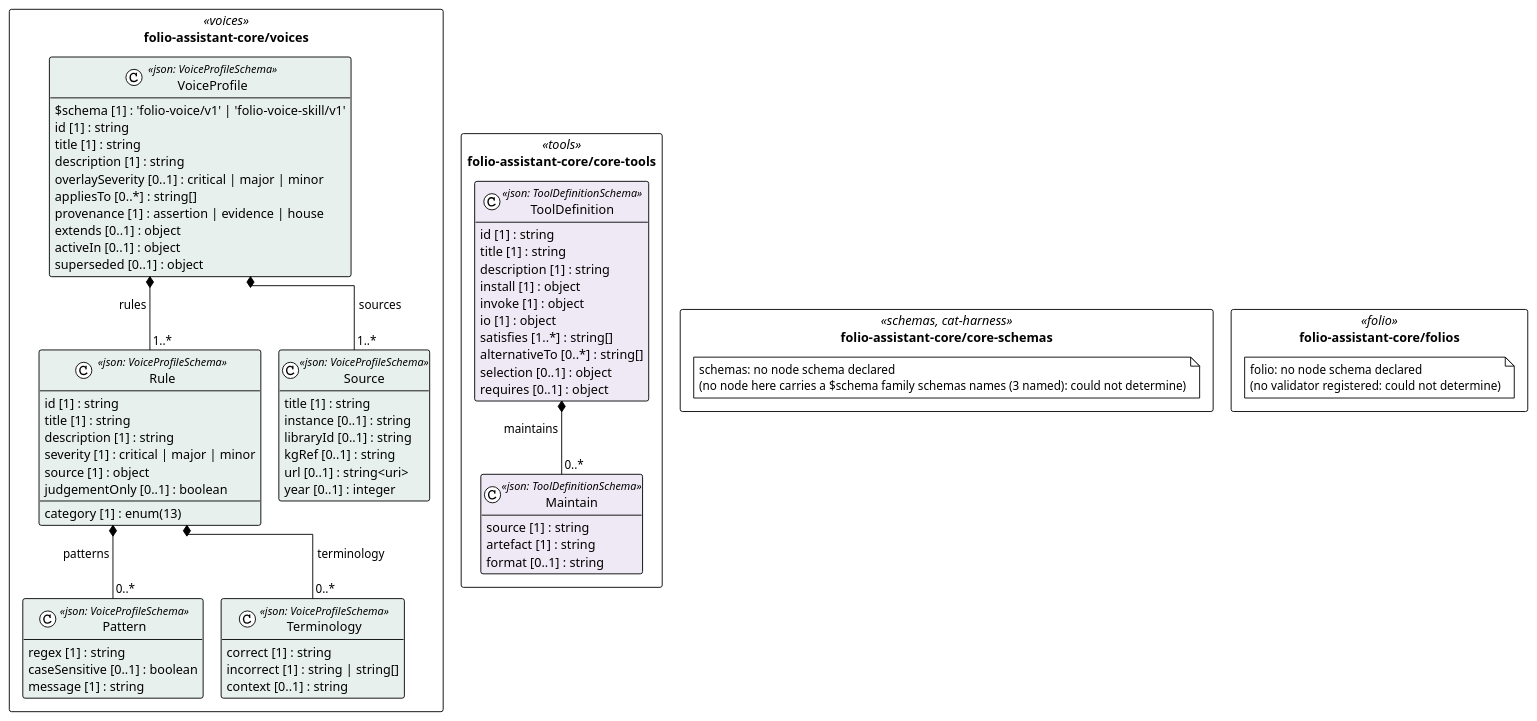
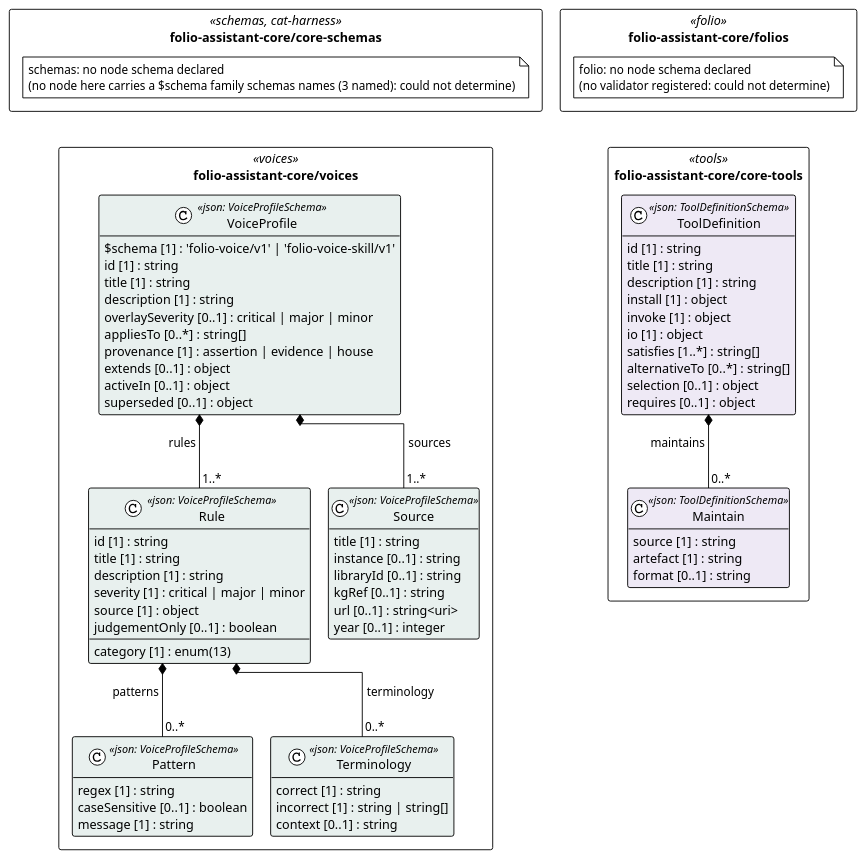
One commit to litlfred/folio-assistant changed the diagram in cat-harness/uml/overview/folio-assistant-core.puml. Above: the diagram before and after it, drawn with PlantUML. The commit also changed 209 other files, not shown here.

First line of the commit message:
UML pages: compact PlantUML figure with BPMN zoom controls

```diff
--- a/cat-harness/uml/overview/folio-assistant-core.puml
+++ b/cat-harness/uml/overview/folio-assistant-core.puml
@@ -3,81 +3,83 @@
 @startuml folio_assistant_core
 !pragma layout elk
 !theme plain
 skinparam classAttributeIconSize 0
 skinparam shadowing false
 skinparam packageStyle rectangle
 hide empty methods
 
 package "folio-assistant-core/core-schemas" as pkg_folio_assistant_core_core_schemas <<schemas, cat-harness>> {
   note "schemas: no node schema declared\n(no node here carries a $schema family schemas names (3 named): could not determine)" as n_folio_assistant_core_core_schemas_schemas
 }
 package "folio-assistant-core/folios" as pkg_folio_assistant_core_folios <<folio>> {
   note "folio: no node schema declared\n(no validator registered: could not determine)" as n_folio_assistant_core_folios_folio
 }
 package "folio-assistant-core/voices" as pkg_folio_assistant_core_voices <<voices>> {
   class "Source" as folio_assistant_core_voices_Source <<json: VoiceProfileSchema>> #e8f0ee {
     title [1] : string
     instance [0..1] : string
     libraryId [0..1] : string
     kgRef [0..1] : string
     url [0..1] : string<uri>
     year [0..1] : integer
   }
   class "Pattern" as folio_assistant_core_voices_Pattern <<json: VoiceProfileSchema>> #e8f0ee {
     regex [1] : string
     caseSensitive [0..1] : boolean
     message [1] : string
   }
   class "Terminology" as folio_assistant_core_voices_Terminology <<json: VoiceProfileSchema>> #e8f0ee {
     correct [1] : string
     incorrect [1] : string | string[]
     context [0..1] : string
   }
   class "Rule" as folio_assistant_core_voices_Rule <<json: VoiceProfileSchema>> #e8f0ee {
     id [1] : string
     title [1] : string
     description [1] : string
     category [1] : enum(13)
     severity [1] : critical | major | minor
     source [1] : object
     judgementOnly [0..1] : boolean
   }
   class "VoiceProfile" as folio_assistant_core_voices_VoiceProfile <<json: VoiceProfileSchema>> #e8f0ee {
     $schema [1] : 'folio-voice/v1' | 'folio-voice-skill/v1'
     id [1] : string
     title [1] : string
     description [1] : string
     overlaySeverity [0..1] : critical | major | minor
     appliesTo [0..*] : string[]
     provenance [1] : assertion | evidence | house
     extends [0..1] : object
     activeIn [0..1] : object
     superseded [0..1] : object
   }
 }
 package "folio-assistant-core/core-tools" as pkg_folio_assistant_core_core_tools <<tools>> {
   class "Maintain" as folio_assistant_core_core_tools_Maintain <<json: ToolDefinitionSchema>> #eee9f5 {
     source [1] : string
     artefact [1] : string
     format [0..1] : string
   }
   class "ToolDefinition" as folio_assistant_core_core_tools_ToolDefinition <<json: ToolDefinitionSchema>> #eee9f5 {
     id [1] : string
     title [1] : string
     description [1] : string
     install [1] : object
     invoke [1] : object
     io [1] : object
     satisfies [1..*] : string[]
     alternativeTo [0..*] : string[]
     selection [0..1] : object
     requires [0..1] : object
   }
 }
 
 folio_assistant_core_voices_VoiceProfile *-- "1..*" folio_assistant_core_voices_Source : sources
 folio_assistant_core_voices_Rule *-- "0..*" folio_assistant_core_voices_Pattern : patterns
 folio_assistant_core_voices_Rule *-- "0..*" folio_assistant_core_voices_Terminology : terminology
 folio_assistant_core_voices_VoiceProfile *-- "1..*" folio_assistant_core_voices_Rule : rules
 folio_assistant_core_core_tools_ToolDefinition *-- "0..*" folio_assistant_core_core_tools_Maintain : maintains
+pkg_folio_assistant_core_core_schemas -[hidden]down- pkg_folio_assistant_core_voices
+pkg_folio_assistant_core_folios -[hidden]down- pkg_folio_assistant_core_core_tools
 @enduml
```
